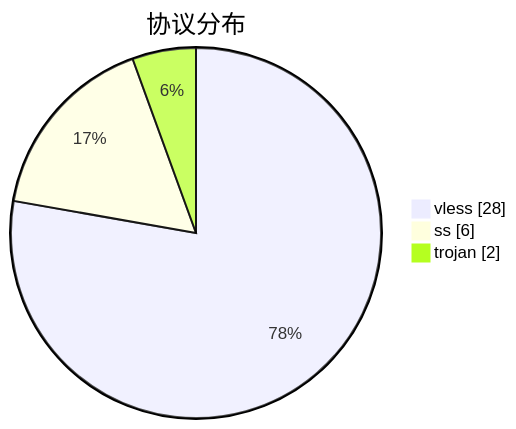
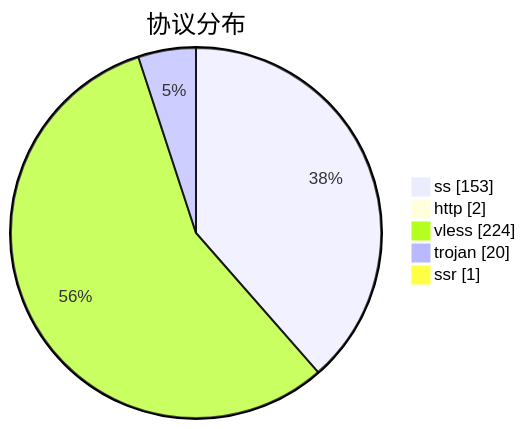
One commit to qjlxg/airport changed the third of 3 diagrams in subs/statistics/tested_within.md. Above: the diagram before and after it, drawn with Mermaid. The commit also changed other lines of this file and 2 other files, not shown here.

````diff
--- a/subs/statistics/tested_within.md
+++ b/subs/statistics/tested_within.md
@@ -14,7 +19,9 @@
 ```mermaid
 pie showData
 title 协议分布
-"vless" : 28
-"ss" : 6
-"trojan" : 2
+"ss" : 153
+"http" : 2
+"vless" : 224
+"trojan" : 20
+"ssr" : 1
 ```
````
